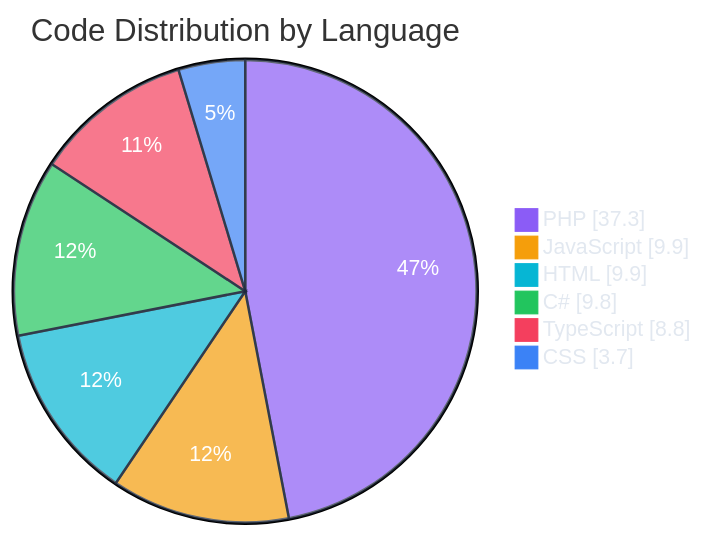
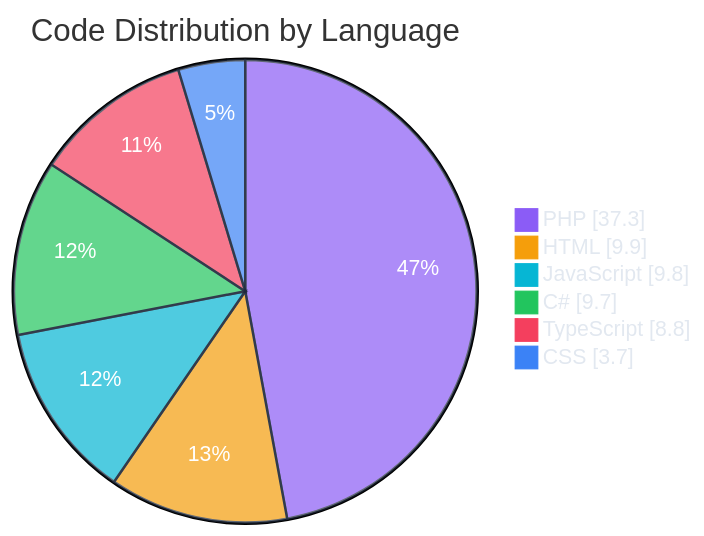
One commit to polo-nyan/polo-nyan changed the second of 7 diagrams in README.md. Above: the diagram before and after it, drawn with Mermaid. The commit also changed other lines of this file and 1 other file, not shown here.

````diff
--- a/README.md
+++ b/README.md
@@ -182,11 +182,11 @@
 ```mermaid
 %%{init: {"theme": "base", "themeVariables": { "pie1": "#8b5cf6", "pie2": "#f59e0b", "pie3": "#06b6d4", "pie4": "#22c55e", "pie5": "#f43f5e", "pie6": "#3b82f6", "pie7": "#ec4899", "pieTextColor": "#ffffff", "pieLegendTextColor": "#e2e8f0", "pieSectionTextColor": "#ffffff", "pieStrokeColor": "#1e293b" }}}%%
 pie showData
     title Code Distribution by Language
     "PHP" : 37.3
-    "JavaScript" : 9.9
     "HTML" : 9.9
-    "C#" : 9.8
+    "JavaScript" : 9.8
+    "C#" : 9.7
     "TypeScript" : 8.8
     "CSS" : 3.7
 ```
````
